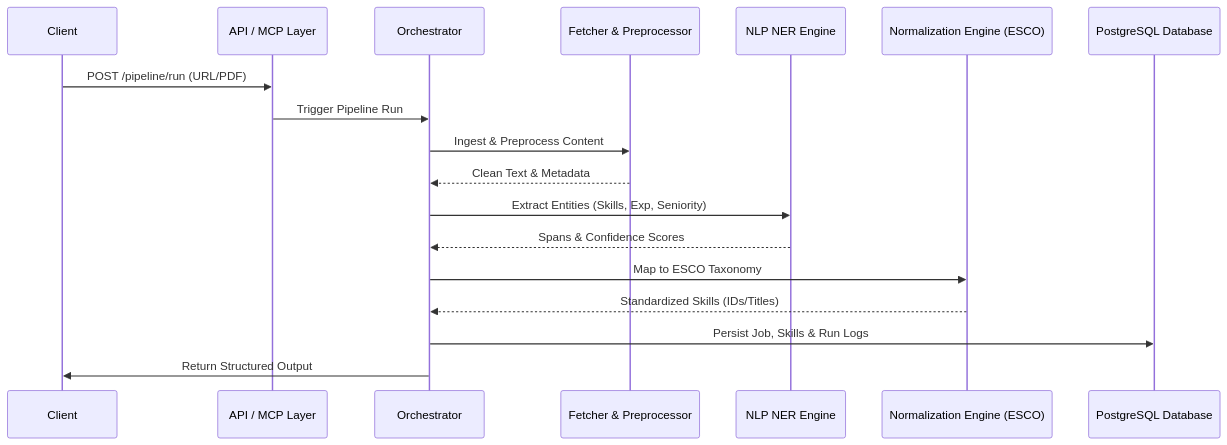
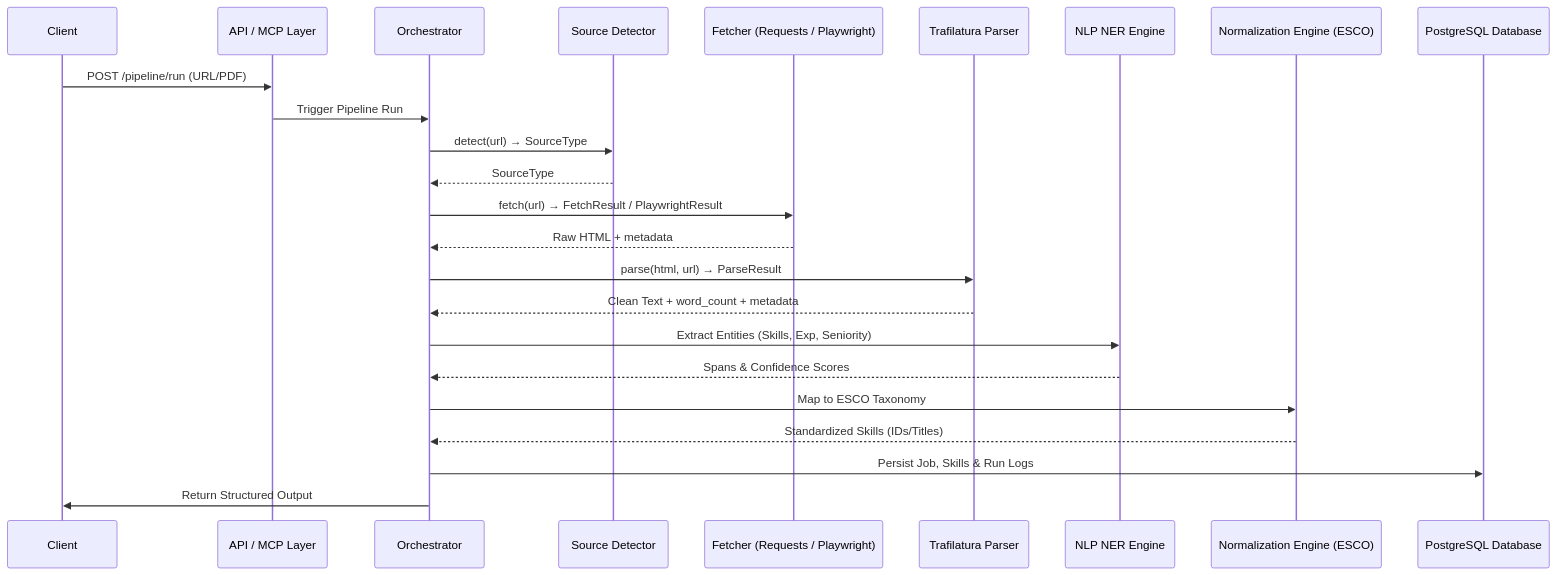
One commit to sbkxd/Job-Desription-Parser changed the second of 5 diagrams in architecture.md. Above: the diagram before and after it, drawn with Mermaid. The commit also changed other lines of this file and 5 other files, not shown here.

````diff
--- a/architecture.md
+++ b/architecture.md
@@ -21,21 +41,27 @@
 ```mermaid
 sequenceDiagram
     participant Client
     participant API as API / MCP Layer
     participant Orc as Orchestrator
-    participant Fetch as Fetcher & Preprocessor
+    participant Det as Source Detector
+    participant Fetch as Fetcher (Requests / Playwright)
+    participant Parse as Trafilatura Parser
     participant NLP as NLP NER Engine
     participant Norm as Normalization Engine (ESCO)
     participant DB as PostgreSQL Database
 
     Client->>API: POST /pipeline/run (URL/PDF)
     API->>Orc: Trigger Pipeline Run
-    Orc->>Fetch: Ingest & Preprocess Content
-    Fetch-->>Orc: Clean Text & Metadata
+    Orc->>Det: detect(url) → SourceType
+    Det-->>Orc: SourceType
+    Orc->>Fetch: fetch(url) → FetchResult / PlaywrightResult
+    Fetch-->>Orc: Raw HTML + metadata
+    Orc->>Parse: parse(html, url) → ParseResult
+    Parse-->>Orc: Clean Text + word_count + metadata
     Orc->>NLP: Extract Entities (Skills, Exp, Seniority)
     NLP-->>Orc: Spans & Confidence Scores
     Orc->>Norm: Map to ESCO Taxonomy
     Norm-->>Orc: Standardized Skills (IDs/Titles)
     Orc->>DB: Persist Job, Skills & Run Logs
     Orc->>Client: Return Structured Output
 ```
````
